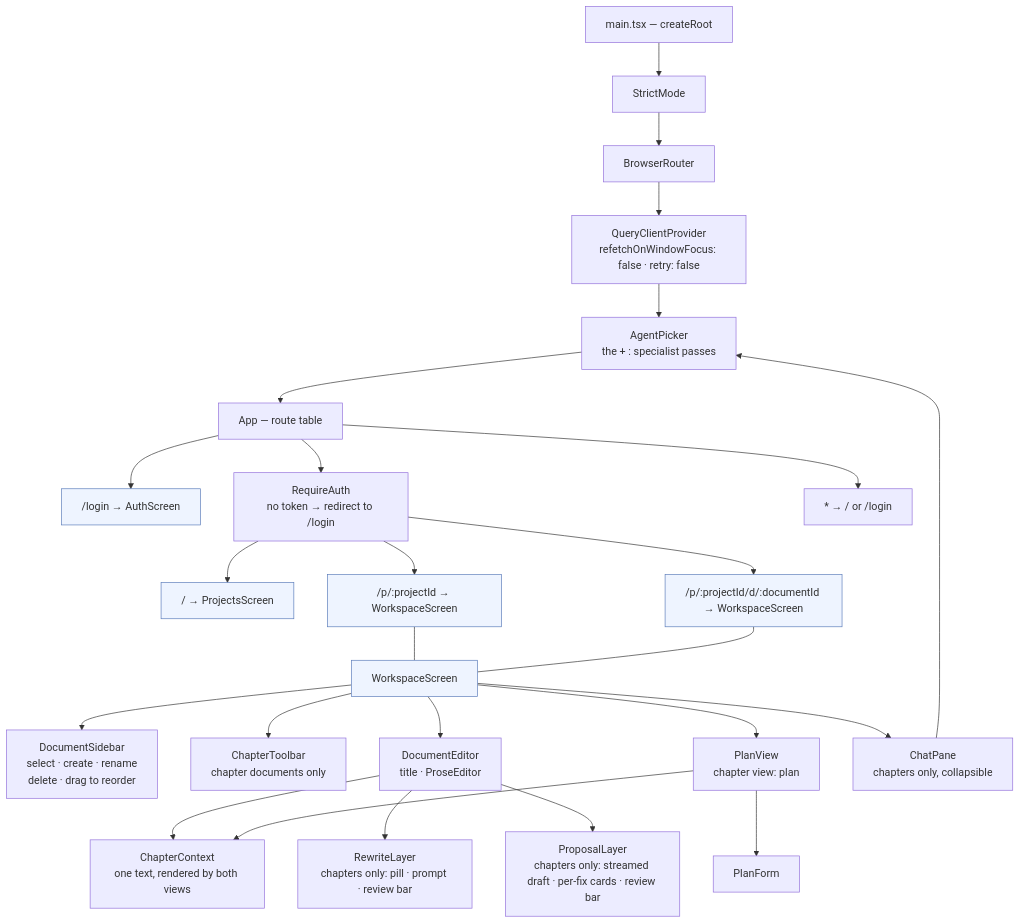
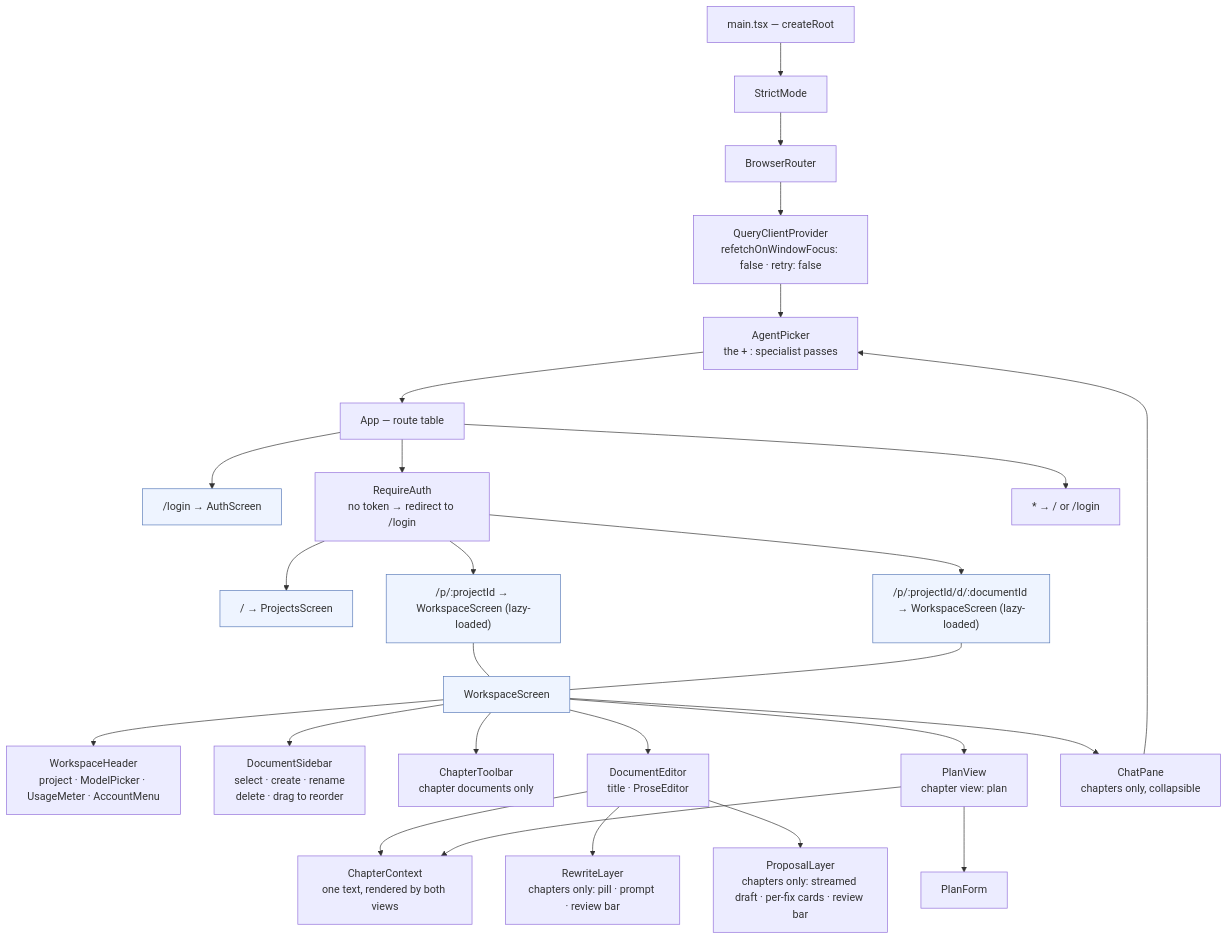
Before and after one commit to Akazz-L/maya: the first of 3 diagrams in docs/diagrams/04-frontend-architecture.md, drawn with Mermaid. The commit also changed other lines of this file and 50 other files, not shown here.

````diff
--- a/docs/diagrams/04-frontend-architecture.md
+++ b/docs/diagrams/04-frontend-architecture.md
@@ -8,33 +8,34 @@
 ```mermaid
 graph TD
     ROOT["main.tsx — createRoot"] --> SM["StrictMode"]
     SM --> BR["BrowserRouter"]
     BR --> QCP["QueryClientProvider<br/>refetchOnWindowFocus: false · retry: false"]
     QCP --> AP["AuthProvider<br/>token · login · register · logout"]
     AP --> APP["App — route table"]
 
     APP --> LOGIN["/login → AuthScreen"]
     APP --> GUARD["RequireAuth<br/>no token → redirect to /login"]
     APP --> CATCH["* → / or /login"]
 
     GUARD --> PROJ["/ → ProjectsScreen"]
-    GUARD --> WS1["/p/:projectId → WorkspaceScreen"]
-    GUARD --> WS2["/p/:projectId/d/:documentId → WorkspaceScreen"]
+    GUARD --> WS1["/p/:projectId → WorkspaceScreen (lazy-loaded)"]
+    GUARD --> WS2["/p/:projectId/d/:documentId → WorkspaceScreen (lazy-loaded)"]
 
     WS1 --- WS["WorkspaceScreen"]
     WS2 --- WS
+    WS --> HDR["WorkspaceHeader<br/>project · ModelPicker · UsageMeter · AccountMenu"]
     WS --> SIDE["DocumentSidebar<br/>select · create · rename<br/>delete · drag to reorder"]
     WS --> TB["ChapterToolbar<br/>chapter documents only"]
     WS --> ED["DocumentEditor<br/>title · ProseEditor"]
     ED --> CC["ChapterContext<br/>one text, rendered by both views"]
     ED --> RL["RewriteLayer<br/>chapters only: pill · prompt · review bar"]
     ED --> PL["ProposalLayer<br/>chapters only: streamed draft · per-fix cards · review bar"]
     WS --> PV["PlanView<br/>chapter view: plan"]
     PV --> PF["PlanForm"]
     PV --> CC
     WS --> CP["ChatPane<br/>chapters only, collapsible"]
     CP --> AP["AgentPicker<br/>the + : specialist passes"]
 
     classDef screen fill:#eef4ff,stroke:#5b7cba
     class LOGIN,PROJ,WS1,WS2,WS screen
 ```
````
